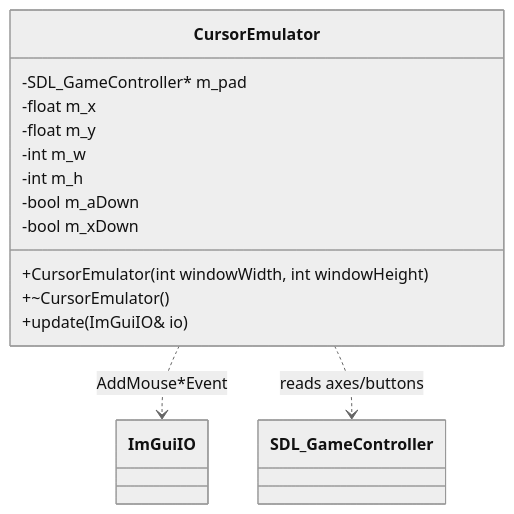
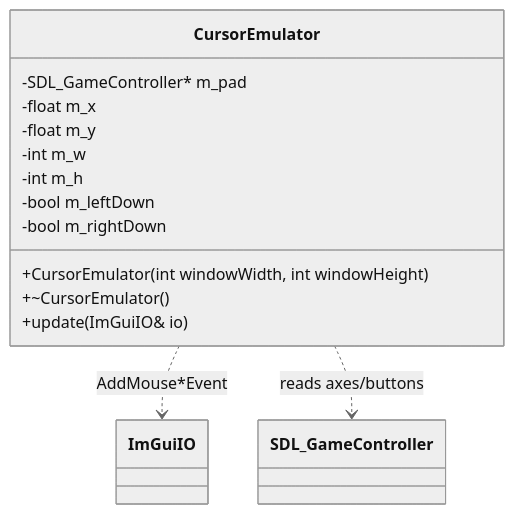
One commit to notnotme/osp2 changed the diagram in docs/input.md. Above: the diagram before and after it, drawn with Mermaid (neutral theme). The commit also changed other lines of this file and 4 other files, not shown here.

````diff
--- a/docs/input.md
+++ b/docs/input.md
@@ -5,18 +5,18 @@
 ```mermaid
 classDiagram
     class CursorEmulator {
         -SDL_GameController* m_pad
         -float m_x
         -float m_y
         -int m_w
         -int m_h
-        -bool m_aDown
-        -bool m_xDown
+        -bool m_leftDown
+        -bool m_rightDown
         +CursorEmulator(int windowWidth, int windowHeight)
         +~CursorEmulator()
         +update(ImGuiIO& io)
     }
 
     CursorEmulator ..> ImGuiIO : AddMouse*Event
     CursorEmulator ..> SDL_GameController : reads axes/buttons
 ```
````
